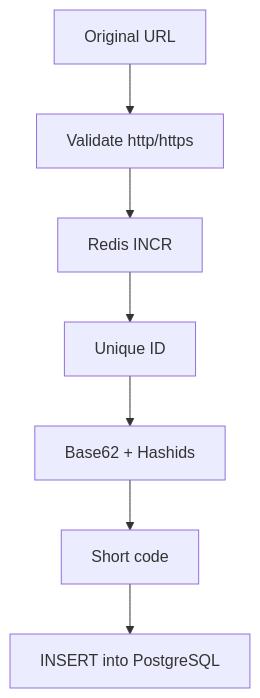
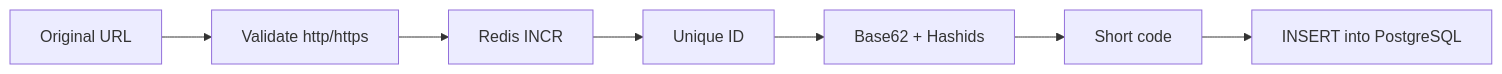
One commit to gianluca-pettenon/url-shortener changed the diagram in README.md. Above: the diagram before and after it, drawn with Mermaid.

````diff
--- a/README.md
+++ b/README.md
@@ -7,9 +7,9 @@
 ```mermaid
-flowchart TD
+flowchart LR
     A[Original URL] --> B[Validate http/https]
     B --> C[Redis INCR]
     C --> D[Unique ID]
     D --> E[Base62 + Hashids]
     E --> F[Short code]
     F --> G[INSERT into PostgreSQL]
 ```
````
